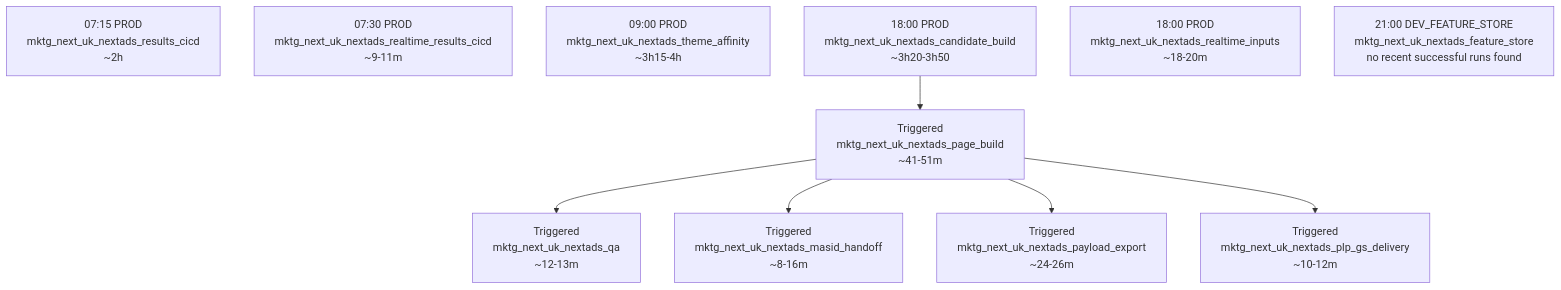
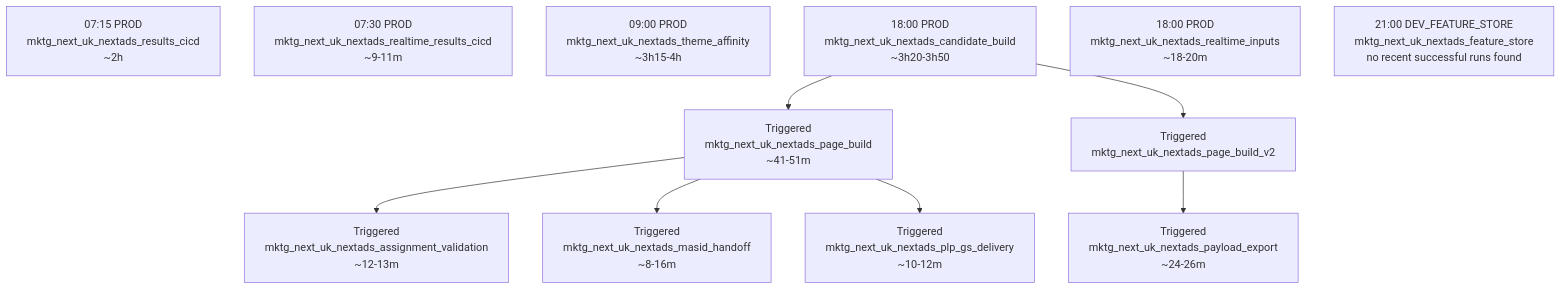
One commit to swblain-glyndwr/personal_project changed the first of 8 diagrams in docs/CICD/nextads_databricks_runtime_map.md. Above: the diagram before and after it, drawn with Mermaid. The commit also changed other lines of this file and 40 other files, not shown here.

````diff
--- a/docs/CICD/nextads_databricks_runtime_map.md
+++ b/docs/CICD/nextads_databricks_runtime_map.md
@@ -19,20 +19,22 @@
 ```mermaid
 flowchart TD
   results["07:15 PROD\nmktg_next_uk_nextads_results_cicd\n~2h"]
   realtime_results["07:30 PROD\nmktg_next_uk_nextads_realtime_results_cicd\n~9-11m"]
   theme_affinity["09:00 PROD\nmktg_next_uk_nextads_theme_affinity\n~3h15-4h"]
   candidate["18:00 PROD\nmktg_next_uk_nextads_candidate_build\n~3h20-3h50"]
   realtime_inputs["18:00 PROD\nmktg_next_uk_nextads_realtime_inputs\n~18-20m"]
   page_build["Triggered\nmktg_next_uk_nextads_page_build\n~41-51m"]
-  qa["Triggered\nmktg_next_uk_nextads_qa\n~12-13m"]
+  page_build_v2["Triggered\nmktg_next_uk_nextads_page_build_v2"]
+  qa["Triggered\nmktg_next_uk_nextads_assignment_validation\n~12-13m"]
   masid["Triggered\nmktg_next_uk_nextads_masid_handoff\n~8-16m"]
   payload["Triggered\nmktg_next_uk_nextads_payload_export\n~24-26m"]
   plp["Triggered\nmktg_next_uk_nextads_plp_gs_delivery\n~10-12m"]
   feature_store["21:00 DEV_FEATURE_STORE\nmktg_next_uk_nextads_feature_store\nno recent successful runs found"]
 
   candidate --> page_build
+  candidate --> page_build_v2
   page_build --> qa
   page_build --> masid
-  page_build --> payload
   page_build --> plp
+  page_build_v2 --> payload
 ```
````
